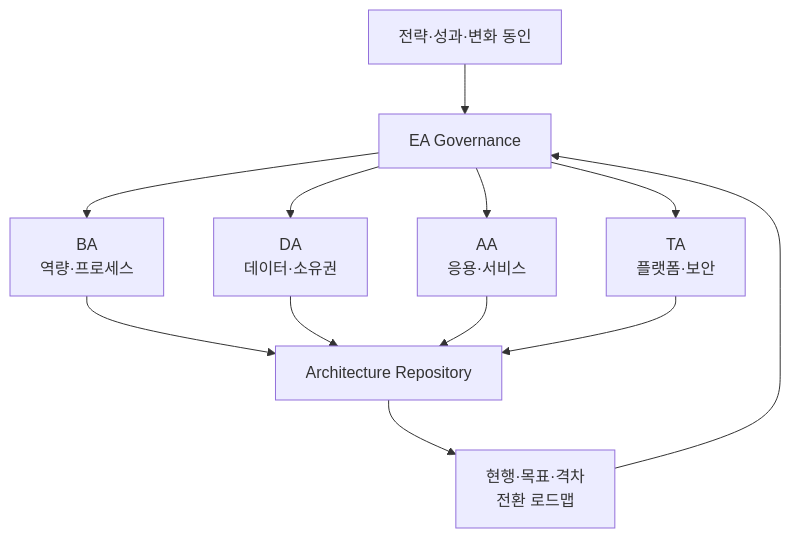
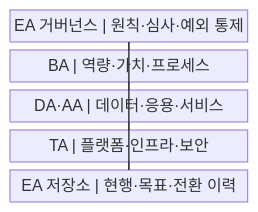
Before and after one commit to agnusdei1207/knowledge-base: the first of 2 diagrams in src/content/docs/notes/03-software/189_enterprise_architecture.md, drawn with Mermaid. The commit also changed other lines of this file and 20 other files, not shown here.

````diff
--- a/src/content/docs/notes/03-software/189_enterprise_architecture.md
+++ b/src/content/docs/notes/03-software/189_enterprise_architecture.md
@@ -57,14 +51,15 @@
 ```mermaid
-flowchart TD
-    S["전략·성과·변화 동인"] --> G["EA Governance"]
-    G --> B["BA<br/>역량·프로세스"]
-    G --> D["DA<br/>데이터·소유권"]
-    G --> A["AA<br/>응용·서비스"]
-    G --> T["TA<br/>플랫폼·보안"]
-    B --> R["Architecture Repository"]
-    D --> R
-    A --> R
-    T --> R
-    R --> M["현행·목표·격차<br/>전환 로드맵"]
-    M --> G
+block
+    columns 1
+    A["EA 거버넌스 | 원칙·심사·예외 통제"]
+    B["BA | 역량·가치·프로세스"]
+    C["DA·AA | 데이터·응용·서비스"]
+    D["TA | 플랫폼·인프라·보안"]
+    E["EA 저장소 | 현행·목표·전환 이력"]
+    A --- B
+    A --- C
+    A --- D
+    B --- E
+    C --- E
+    D --- E
 ```
````
